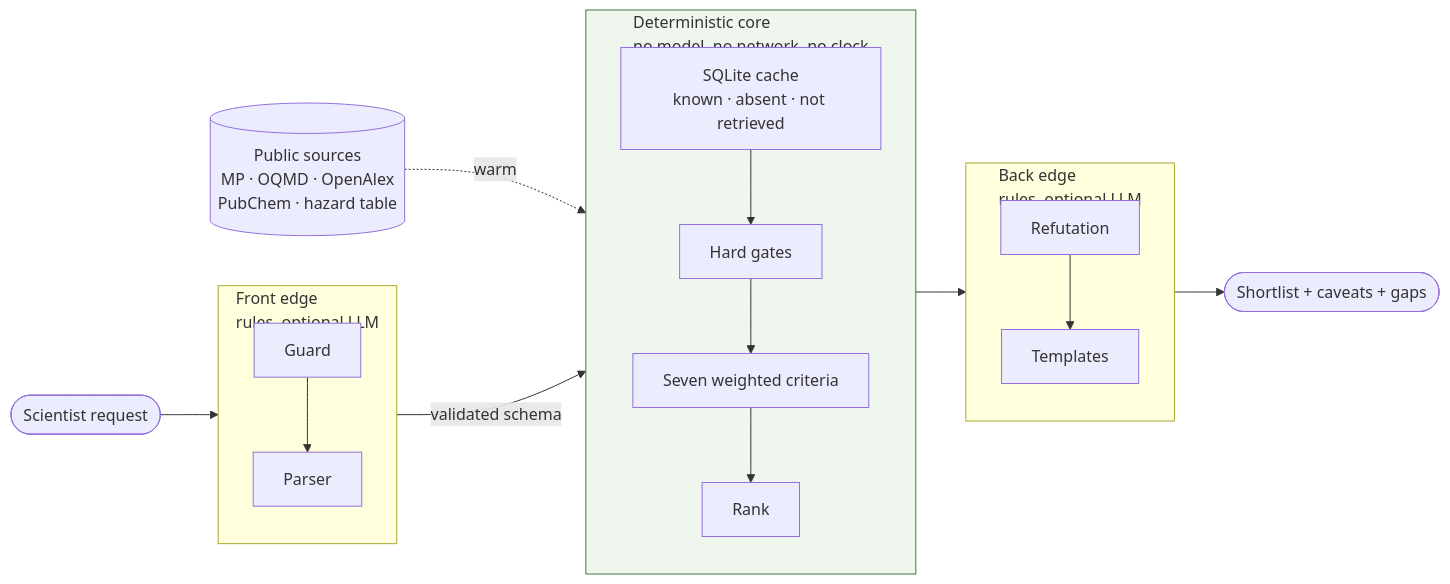
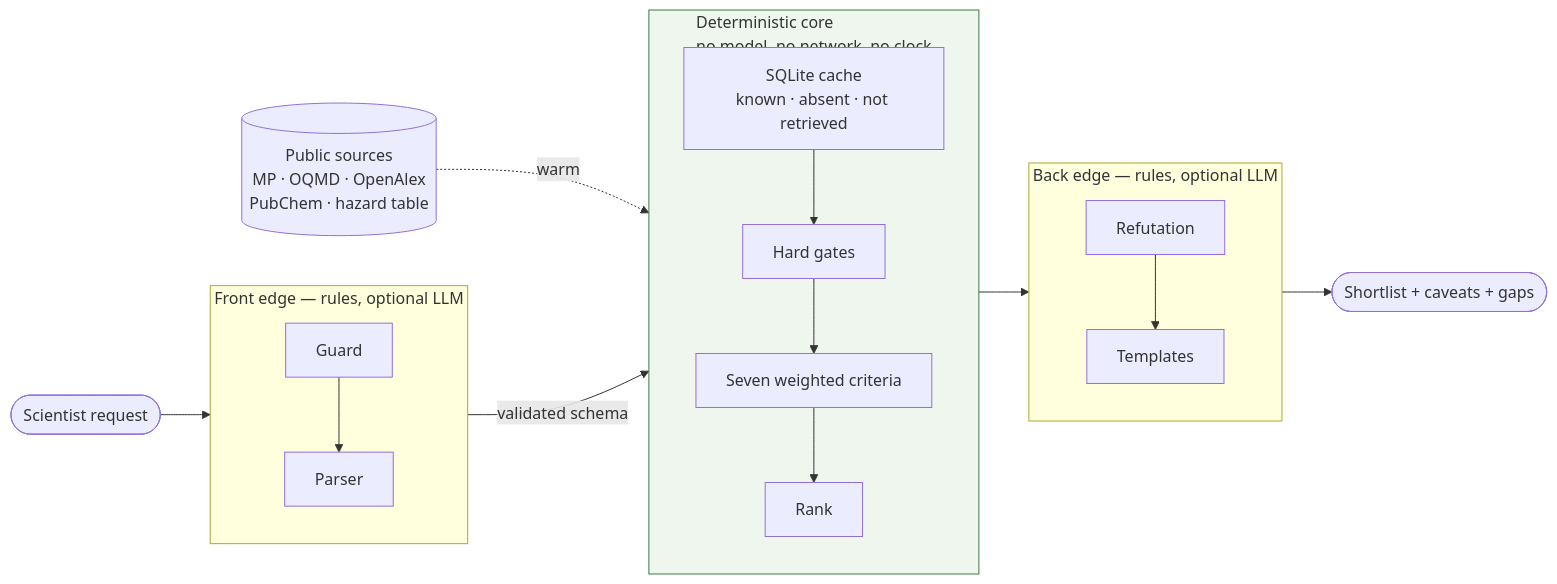
Before and after one commit to a-bissell/Oxbow: the diagram in docs/design-note.md, drawn with Mermaid.

Commit message:
Stop the edge labels landing on top of their first node
Mermaid reserves one line of height for a subgraph title, so the second
line of the two-line front-edge and back-edge labels overlapped the Guard
and Refutation nodes. Both are one line now. The core keeps its second
line; that box is wide enough to render it clear of the cache node.

````diff
--- a/docs/design-note.md
+++ b/docs/design-note.md
@@ -15,19 +15,19 @@
 ```mermaid
 flowchart LR
     REQ([Scientist request]) --> FE
-    subgraph FE["Front edge<br/>rules, optional LLM"]
+    subgraph FE["Front edge — rules, optional LLM"]
         direction TB
         G["Guard"] --> P["Parser"]
     end
     subgraph CORE["Deterministic core<br/>no model, no network, no clock"]
         direction TB
         D["SQLite cache<br/>known · absent · not retrieved"] --> GA["Hard gates"] --> S["Seven weighted criteria"] --> R["Rank"]
     end
-    subgraph BE["Back edge<br/>rules, optional LLM"]
+    subgraph BE["Back edge — rules, optional LLM"]
         direction TB
         F["Refutation"] --> T["Templates"]
     end
     SRC[("Public sources<br/>MP · OQMD · OpenAlex<br/>PubChem · hazard table")] -.warm.-> D
     FE -->|validated schema| CORE --> BE --> OUT([Shortlist + caveats + gaps])
     style CORE fill:#eef6ee,stroke:#3a7d44
 ```
````
